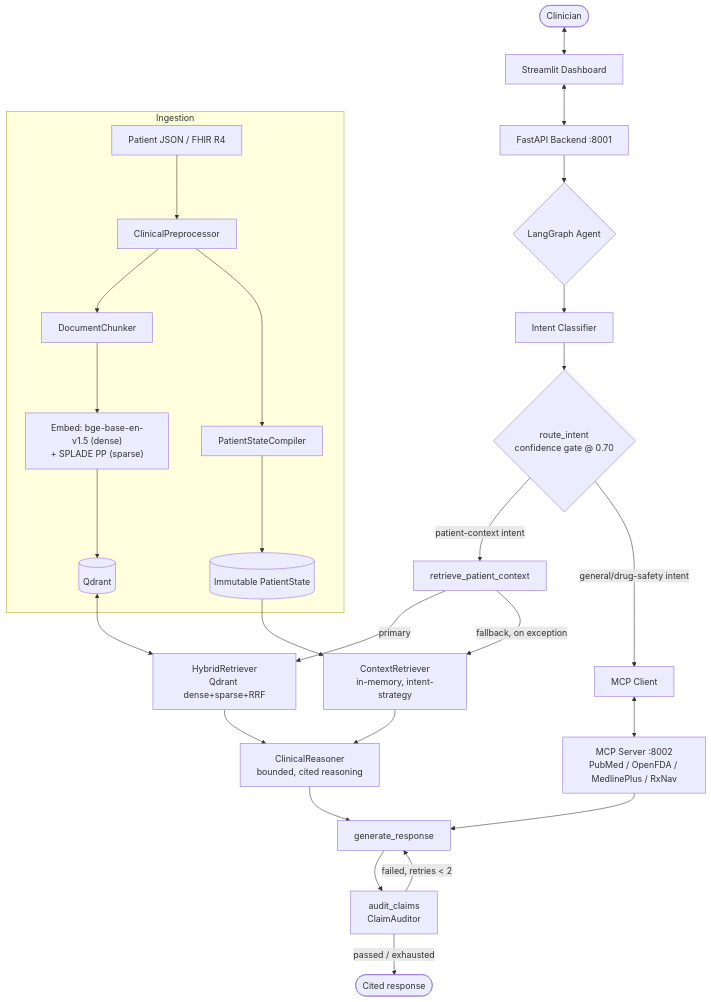
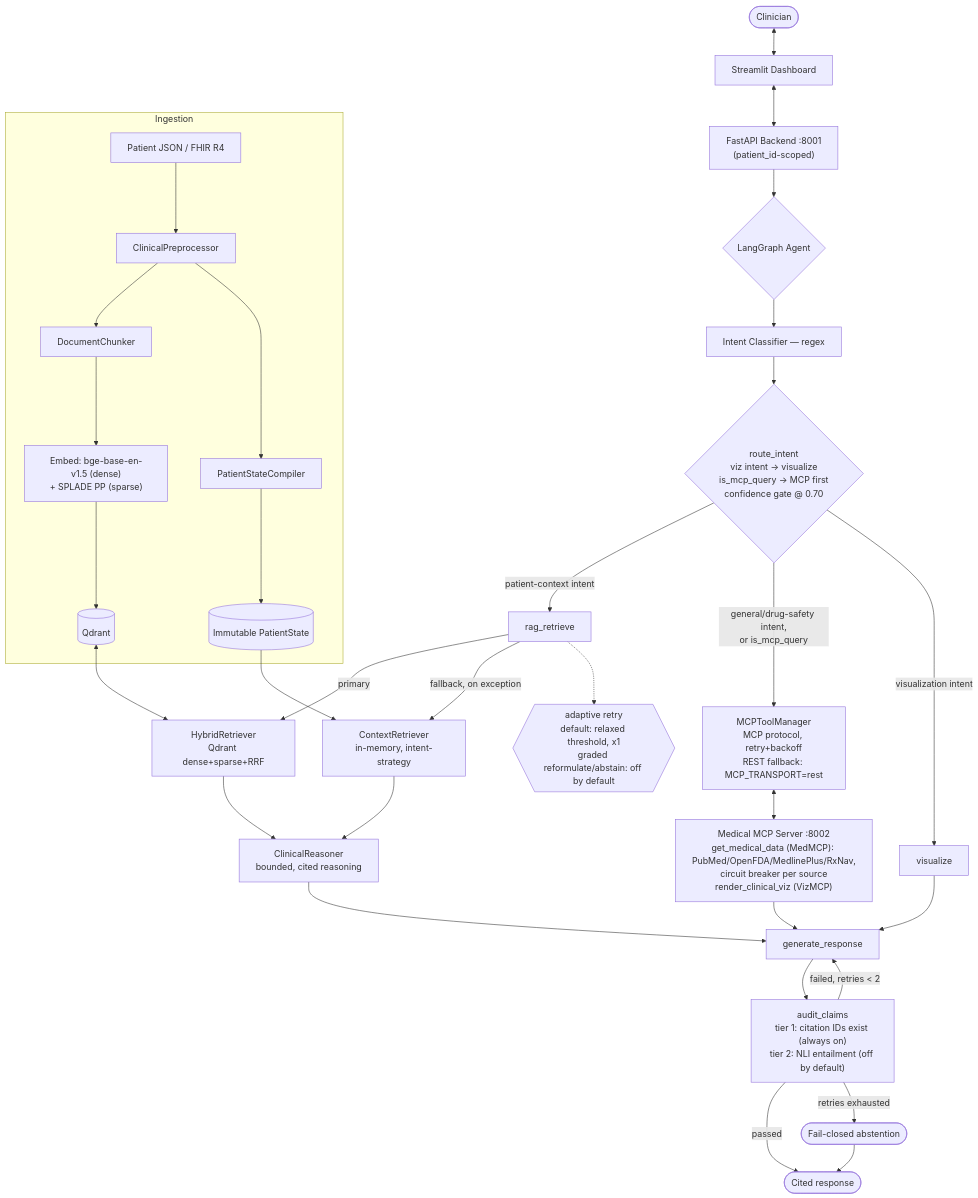
One commit to Belal0066/CFI-Care changed the diagram in ai/src/ai/README.md. Above: the diagram before and after it, drawn with Mermaid. The commit also changed other lines of this file and 5 other files, not shown here.

````diff
--- a/ai/src/ai/README.md
+++ b/ai/src/ai/README.md
@@ -28,35 +28,39 @@
 ```mermaid
 graph TD
     Clinician([Clinician]) <--> Dashboard[Streamlit Dashboard]
-    Dashboard <--> FastAPI[FastAPI Backend :8001]
+    Dashboard <--> FastAPI["FastAPI Backend :8001<br/>(patient_id-scoped)"]
 
     FastAPI --> LGA{LangGraph Agent}
-    LGA --> IC[Intent Classifier]
-    IC --> RLogic{route_intent<br/>confidence gate @ 0.70}
+    LGA --> IC[Intent Classifier — regex]
+    IC --> RLogic{route_intent<br/>viz intent → visualize<br/>is_mcp_query → MCP first<br/>confidence gate @ 0.70}
 
-    RLogic -- "patient-context intent" --> RPC[retrieve_patient_context]
-    RLogic -- "general/drug-safety intent" --> MCP[MCP Client]
+    RLogic -- "patient-context intent" --> RPC[rag_retrieve]
+    RLogic -- "general/drug-safety intent,<br/>or is_mcp_query" --> MCP[MCPToolManager<br/>MCP protocol, retry+backoff<br/>REST fallback: MCP_TRANSPORT=rest]
+    RLogic -- "visualization intent" --> Viz[visualize]
 
     subgraph Ingestion
         JSON[Patient JSON / FHIR R4] --> Preproc[ClinicalPreprocessor]
         Preproc --> Chunk[DocumentChunker]
         Chunk --> Embed["Embed: bge-base-en-v1.5 (dense)<br/>+ SPLADE PP (sparse)"]
         Embed --> Qdrant[(Qdrant)]
         Preproc --> PSC[PatientStateCompiler] --> PS[(Immutable PatientState)]
     end
 
     RPC -- "primary" --> HR[HybridRetriever<br/>Qdrant dense+sparse+RRF]
     RPC -- "fallback, on exception" --> CTX[ContextRetriever<br/>in-memory, intent-strategy]
+    RPC -.-> RGate{{"adaptive retry<br/>default: relaxed threshold, x1<br/>graded reformulate/abstain: off by default"}}
     Qdrant <--> HR
     PS --> CTX
     HR --> Reason[ClinicalReasoner<br/>bounded, cited reasoning]
     CTX --> Reason
 
-    MCP <--> MCPServer[MCP Server :8002<br/>PubMed / OpenFDA / MedlinePlus / RxNav]
+    MCP <--> MCPServer["Medical MCP Server :8002<br/>get_medical_data (MedMCP): PubMed/OpenFDA/MedlinePlus/RxNav,<br/>circuit breaker per source<br/>render_clinical_viz (VizMCP)"]
 
     Reason --> Gen[generate_response]
     MCPServer --> Gen
-    Gen --> Audit[audit_claims<br/>ClaimAuditor]
+    Viz --> Gen
+    Gen --> Audit["audit_claims<br/>tier 1: citation IDs exist (always on)<br/>tier 2: NLI entailment (off by default)"]
     Audit -- failed, retries < 2 --> Gen
-    Audit -- passed / exhausted --> Response([Cited response])
+    Audit -- passed --> Response([Cited response])
+    Audit -- retries exhausted --> Abstain([Fail-closed abstention]) --> Response
 ```
````
